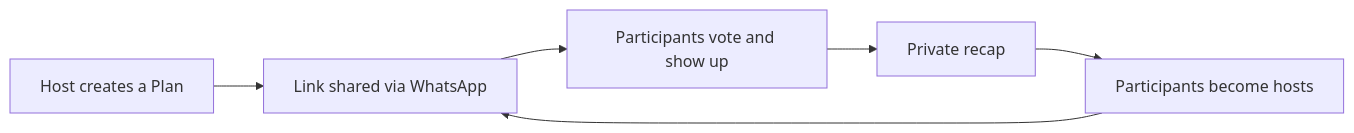
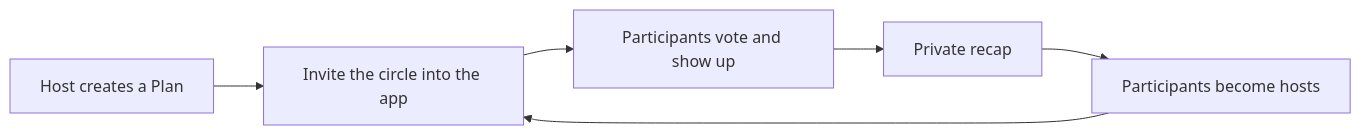
The first of 2 diagrams in concept/03-growth-metrics-roadmap.md (itsmhp/SocialMedia), drawn with Mermaid before and after one commit. The commit also changed other lines of this file and 11 other files, not shown here.

Commit message:
product: make Unggun fully self-contained (in-app invites/voting/coordination, no WhatsApp sharing)

````diff
--- a/concept/03-growth-metrics-roadmap.md
+++ b/concept/03-growth-metrics-roadmap.md
@@ -13,8 +13,8 @@
 ```mermaid
 flowchart LR
-    A[Host creates a Plan] --> B[Link shared via WhatsApp]
+    A[Host creates a Plan] --> B[Invite the circle into the app]
     B --> C[Participants vote and show up]
     C --> D[Private recap]
     D --> E[Participants become hosts]
     E --> B
 ```
````
